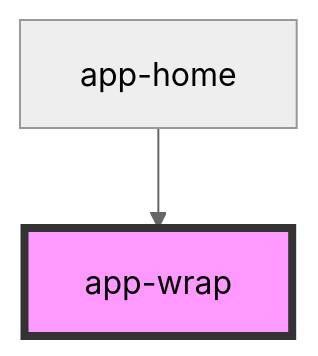
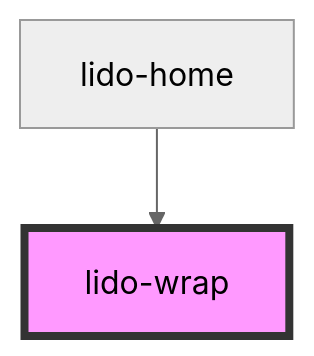
One commit to chimple/lido-player changed the diagram in src/components/wrap/readme.md. Above: the diagram before and after it, drawn with Mermaid (neutral theme). The commit also changed other lines of this file and 40 other files, not shown here.

````diff
--- a/src/components/wrap/readme.md
+++ b/src/components/wrap/readme.md
@@ -40,5 +39,5 @@
 ```mermaid
 graph TD;
-  app-home --> app-wrap
-  style app-wrap fill:#f9f,stroke:#333,stroke-width:4px
+  lido-home --> lido-wrap
+  style lido-wrap fill:#f9f,stroke:#333,stroke-width:4px
 ```
````
